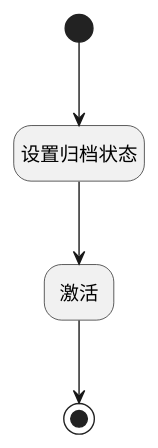
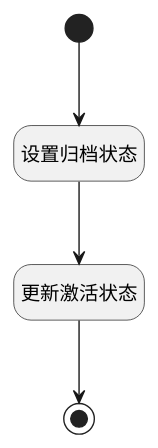
Before and after one commit to iBizLab/plm: the diagram in doc/docsify/module/TestMgmt/library/logic/activate.md, drawn with PlantUML. The commit also changed other lines of this file and 1068 other files, not shown here.

````diff
--- a/doc/docsify/module/TestMgmt/library/logic/activate.md
+++ b/doc/docsify/module/TestMgmt/library/logic/activate.md
@@ -7,23 +7,23 @@
 ```plantuml
 @startuml
 hide empty description
 <style>
 root {
   HyperlinkColor #42b983
 }
 </style>
 
 hide empty description
 state "开始" as Begin <<start>> [[$./activate#begin {"开始"}]]
 state "设置归档状态" as PREPAREPARAM1  [[$./activate#prepareparam1 {"设置归档状态"}]]
-state "激活" as DEACTION1  [[$./activate#deaction1 {"激活"}]]
+state "更新激活状态" as DEACTION1  [[$./activate#deaction1 {"更新激活状态"}]]
 state "结束" as END1 <<end>> [[$./activate#end1 {"结束"}]]
 
 
 Begin --> PREPAREPARAM1
 PREPAREPARAM1 --> DEACTION1
 DEACTION1 --> END1
 
 
 @enduml
 ```
````
